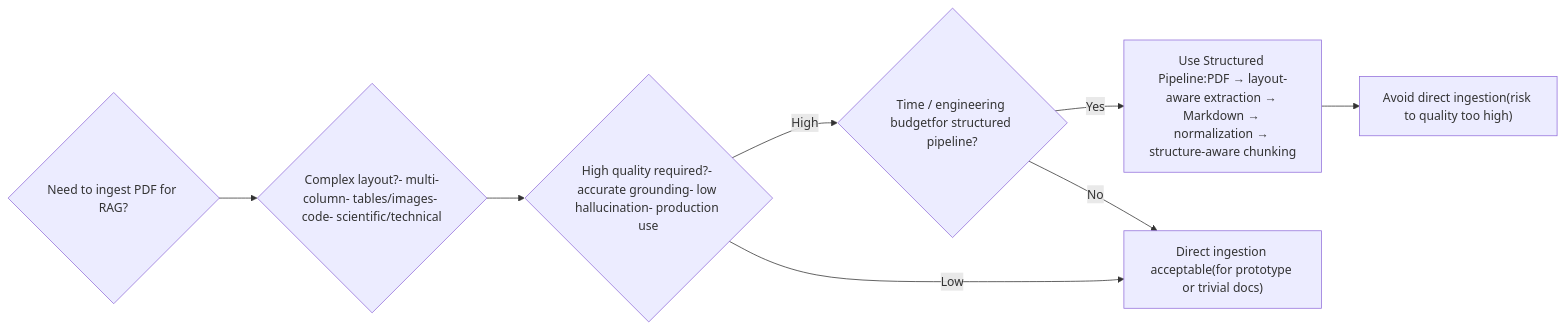
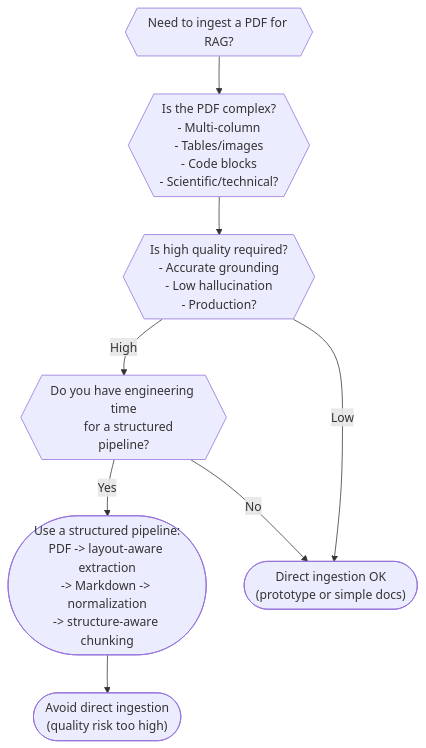
The eighth of 9 diagrams in WHY.md (CagriCatik/RagSmith), drawn with Mermaid before and after one commit. The commit also changed other lines of this file and 34 other files, not shown here.

````diff
--- a/WHY.md
+++ b/WHY.md
@@ -410,24 +542,43 @@
 ```mermaid
-flowchart LR
+flowchart TD
 
-    START{"Need to ingest PDF for RAG?"}
+    %% Force diamond by using { } only
+    START{{Need to ingest a PDF for RAG?}}
 
-    COMPLEX{"Complex layout?- multi-column- tables/images- code- scientific/technical"}
-    QUALITY{"High quality required?- accurate grounding- low hallucination- production use"}
-    TIME{"Time / engineering budgetfor structured pipeline?"}
+    COMPLEX{{Is the PDF complex?
+    - Multi-column
+    - Tables/images
+    - Code blocks
+    - Scientific/technical?}}
 
-    STRUCTURED["Use Structured Pipeline:PDF → layout-aware extraction → Markdown → normalization → structure-aware chunking"]
-    DIRECT_OK["Direct ingestion acceptable(for prototype or trivial docs)"]
-    DIRECT_NOT["Avoid direct ingestion(risk to quality too high)"]
+    QUALITY{{Is high quality required?
+    - Accurate grounding
+    - Low hallucination
+    - Production?}}
+
+    TIME{{Do you have engineering time
+    for a structured pipeline?}}
+
+    %% Outcomes use ( ) to avoid diamond/rect confusion
+    STRUCTURED(["Use a structured pipeline:
+PDF -> layout-aware extraction
+-> Markdown -> normalization
+-> structure-aware chunking"])
+
+    DIRECT_OK(["Direct ingestion OK
+(prototype or simple docs)"])
+
+    DIRECT_NOT(["Avoid direct ingestion
+(quality risk too high)"])
 
     START --> COMPLEX
     COMPLEX --> QUALITY
 
     QUALITY -->|High| TIME
     QUALITY -->|Low| DIRECT_OK
 
     TIME -->|Yes| STRUCTURED
     TIME -->|No| DIRECT_OK
 
     STRUCTURED --> DIRECT_NOT
 ```
````
